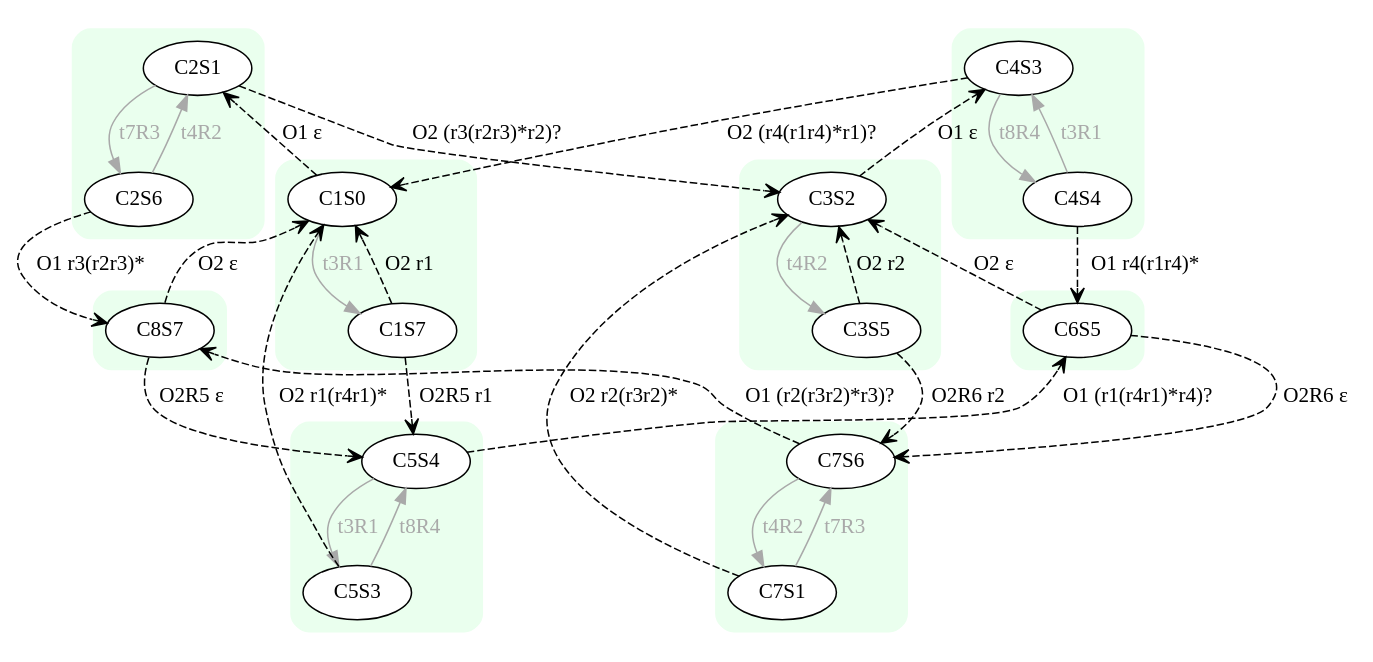
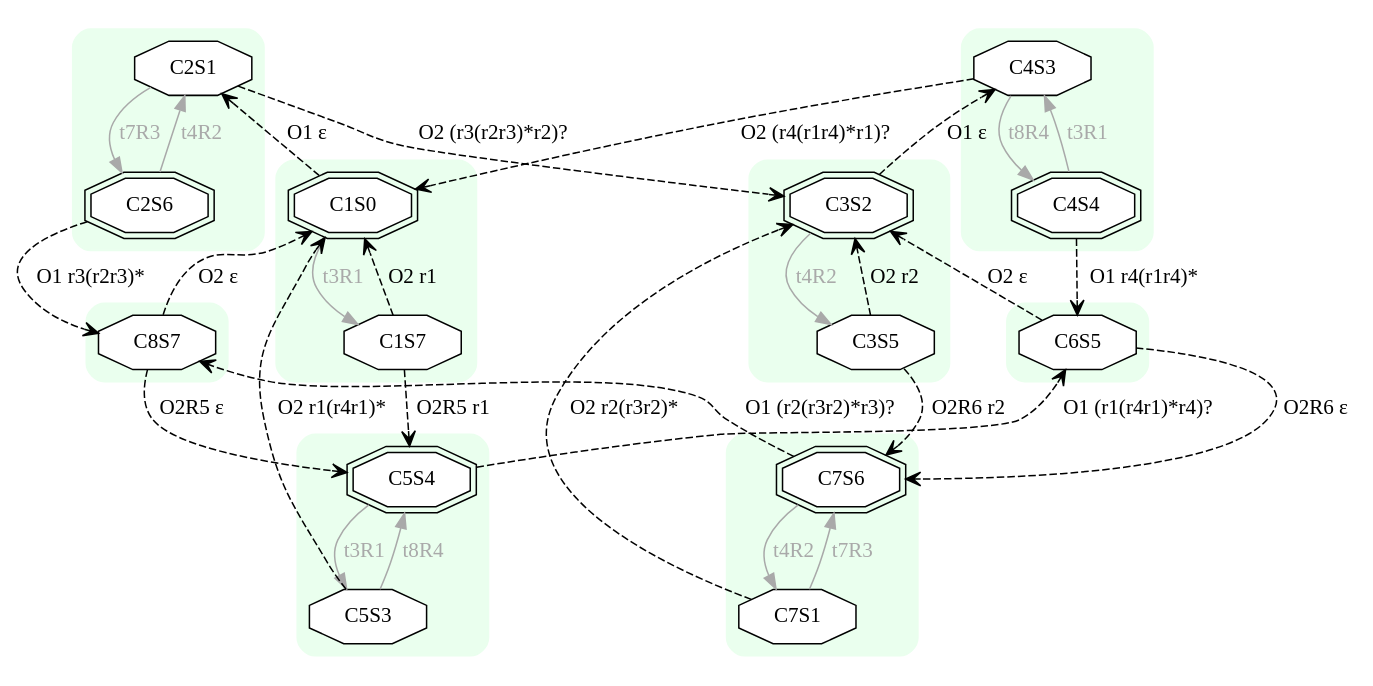
One commit to Stefano-BS/Explanatory-Diagnosis changed the diagram in input/s2_EXP.dot. Above: the diagram before and after it, drawn with Graphviz. The commit also changed 63 other files, not shown here.

Commit message:
Made interaction menu (instead of sequence): will be more flexible. Tweaks for final states.

```diff
--- a/input/s2_EXP.dot
+++ b/input/s2_EXP.dot
@@ -1,77 +1,77 @@
 digraph "EXPinput/s2" {
 node [style=filled fillcolor=white]
 subgraph cluster1 {
 style="rounded,filled" color="#EAFFEE"
 edge[color=darkgray fontcolor=darkgray]
-C1S0 ;
-C1S7 ;
+node [shape=doubleoctagon]; C1S0 ;
+node [shape=octagon]; C1S7 ;
 C1S0 -> C1S7 [label=t3R1]
 }
 subgraph cluster2 {
 style="rounded,filled" color="#EAFFEE"
 edge[color=darkgray fontcolor=darkgray]
-C2S1 ;
-C2S6 ;
+node [shape=octagon]; C2S1 ;
+node [shape=doubleoctagon]; C2S6 ;
 C2S1 -> C2S6 [label=t7R3]
 C2S6 -> C2S1 [label=t4R2]
 }
 subgraph cluster3 {
 style="rounded,filled" color="#EAFFEE"
 edge[color=darkgray fontcolor=darkgray]
-C3S2 ;
-C3S5 ;
+node [shape=doubleoctagon]; C3S2 ;
+node [shape=octagon]; C3S5 ;
 C3S2 -> C3S5 [label=t4R2]
 }
 subgraph cluster4 {
 style="rounded,filled" color="#EAFFEE"
 edge[color=darkgray fontcolor=darkgray]
-C4S3 ;
-C4S4 ;
+node [shape=octagon]; C4S3 ;
+node [shape=doubleoctagon]; C4S4 ;
 C4S3 -> C4S4 [label=t8R4]
 C4S4 -> C4S3 [label=t3R1]
 }
 subgraph cluster5 {
 style="rounded,filled" color="#EAFFEE"
 edge[color=darkgray fontcolor=darkgray]
-C5S4 ;
-C5S3 ;
+node [shape=doubleoctagon]; C5S4 ;
+node [shape=octagon]; C5S3 ;
 C5S4 -> C5S3 [label=t3R1]
 C5S3 -> C5S4 [label=t8R4]
 }
 subgraph cluster6 {
 style="rounded,filled" color="#EAFFEE"
 edge[color=darkgray fontcolor=darkgray]
-C6S5 ;
+node [shape=octagon]; C6S5 ;
 }
 subgraph cluster7 {
 style="rounded,filled" color="#EAFFEE"
 edge[color=darkgray fontcolor=darkgray]
-C7S6 ;
-C7S1 ;
+node [shape=doubleoctagon]; C7S6 ;
+node [shape=octagon]; C7S1 ;
 C7S6 -> C7S1 [label=t4R2]
 C7S1 -> C7S6 [label=t7R3]
 }
 subgraph cluster8 {
 style="rounded,filled" color="#EAFFEE"
 edge[color=darkgray fontcolor=darkgray]
-C8S7 ;
+node [shape=octagon]; C8S7 ;
 }
-C1S0 -> C2S1 [style=dashed arrowhead=vee ltail=cluster1 lhead=cluster2 label="O1 ε"]
-C1S7 -> C5S4 [style=dashed arrowhead=vee ltail=cluster1 lhead=cluster5 label="O2R5 r1"]
-C1S7 -> C1S0 [style=dashed arrowhead=vee ltail=cluster1 lhead=cluster1 label="O2 r1"]
-C2S1 -> C3S2 [style=dashed arrowhead=vee ltail=cluster2 lhead=cluster3 label="O2 (r3(r2r3)*r2)?"]
-C2S6 -> C8S7 [style=dashed arrowhead=vee ltail=cluster2 lhead=cluster8 label="O1 r3(r2r3)*"]
-C3S2 -> C4S3 [style=dashed arrowhead=vee ltail=cluster3 lhead=cluster4 label="O1 ε"]
-C3S5 -> C7S6 [style=dashed arrowhead=vee ltail=cluster3 lhead=cluster7 label="O2R6 r2"]
-C3S5 -> C3S2 [style=dashed arrowhead=vee ltail=cluster3 lhead=cluster3 label="O2 r2"]
-C4S3 -> C1S0 [style=dashed arrowhead=vee ltail=cluster4 lhead=cluster1 label="O2 (r4(r1r4)*r1)?"]
-C4S4 -> C6S5 [style=dashed arrowhead=vee ltail=cluster4 lhead=cluster6 label="O1 r4(r1r4)*"]
-C5S4 -> C6S5 [style=dashed arrowhead=vee ltail=cluster5 lhead=cluster6 label="O1 (r1(r4r1)*r4)?"]
-C5S3 -> C1S0 [style=dashed arrowhead=vee ltail=cluster5 lhead=cluster1 label="O2 r1(r4r1)*"]
-C6S5 -> C7S6 [style=dashed arrowhead=vee ltail=cluster6 lhead=cluster7 label="O2R6 ε"]
-C6S5 -> C3S2 [style=dashed arrowhead=vee ltail=cluster6 lhead=cluster3 label="O2 ε"]
-C7S6 -> C8S7 [style=dashed arrowhead=vee ltail=cluster7 lhead=cluster8 label="O1 (r2(r3r2)*r3)?"]
-C7S1 -> C3S2 [style=dashed arrowhead=vee ltail=cluster7 lhead=cluster3 label="O2 r2(r3r2)*"]
-C8S7 -> C5S4 [style=dashed arrowhead=vee ltail=cluster8 lhead=cluster5 label="O2R5 ε"]
-C8S7 -> C1S0 [style=dashed arrowhead=vee ltail=cluster8 lhead=cluster1 label="O2 ε"]
+C1S0 -> C2S1 [style=dashed arrowhead=vee label="O1 ε"]
+C1S7 -> C5S4 [style=dashed arrowhead=vee label="O2R5 r1"]
+C1S7 -> C1S0 [style=dashed arrowhead=vee label="O2 r1"]
+C2S1 -> C3S2 [style=dashed arrowhead=vee label="O2 (r3(r2r3)*r2)?"]
+C2S6 -> C8S7 [style=dashed arrowhead=vee label="O1 r3(r2r3)*"]
+C3S2 -> C4S3 [style=dashed arrowhead=vee label="O1 ε"]
+C3S5 -> C7S6 [style=dashed arrowhead=vee label="O2R6 r2"]
+C3S5 -> C3S2 [style=dashed arrowhead=vee label="O2 r2"]
+C4S3 -> C1S0 [style=dashed arrowhead=vee label="O2 (r4(r1r4)*r1)?"]
+C4S4 -> C6S5 [style=dashed arrowhead=vee label="O1 r4(r1r4)*"]
+C5S4 -> C6S5 [style=dashed arrowhead=vee label="O1 (r1(r4r1)*r4)?"]
+C5S3 -> C1S0 [style=dashed arrowhead=vee label="O2 r1(r4r1)*"]
+C6S5 -> C7S6 [style=dashed arrowhead=vee label="O2R6 ε"]
+C6S5 -> C3S2 [style=dashed arrowhead=vee label="O2 ε"]
+C7S6 -> C8S7 [style=dashed arrowhead=vee label="O1 (r2(r3r2)*r3)?"]
+C7S1 -> C3S2 [style=dashed arrowhead=vee label="O2 r2(r3r2)*"]
+C8S7 -> C5S4 [style=dashed arrowhead=vee label="O2R5 ε"]
+C8S7 -> C1S0 [style=dashed arrowhead=vee label="O2 ε"]
 }
```
